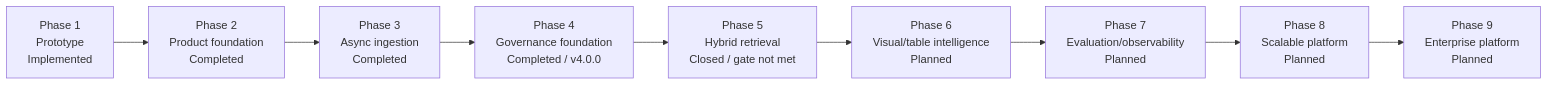
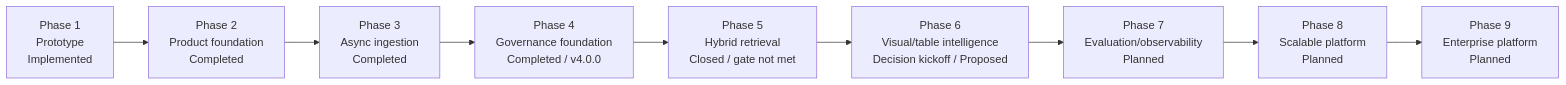
Before and after one commit to mvyas412/ai-projects: the second of 11 diagrams in mm-rag-full-stack-genai-bootcamp-3.0/docs/architecture/ARCHITECTURE.md, drawn with Mermaid. The commit also changed other lines of this file and 12 other files, not shown here.

````diff
--- a/mm-rag-full-stack-genai-bootcamp-3.0/docs/architecture/ARCHITECTURE.md
+++ b/mm-rag-full-stack-genai-bootcamp-3.0/docs/architecture/ARCHITECTURE.md
@@ -170,12 +171,12 @@
 ```mermaid
 flowchart LR
     p1["Phase 1<br/>Prototype<br/>Implemented"] -->
     p2["Phase 2<br/>Product foundation<br/>Completed"] -->
     p3["Phase 3<br/>Async ingestion<br/>Completed"] -->
     p4["Phase 4<br/>Governance foundation<br/>Completed / v4.0.0"] -->
     p5["Phase 5<br/>Hybrid retrieval<br/>Closed / gate not met"] -->
-    p6["Phase 6<br/>Visual/table intelligence<br/>Planned"] -->
+    p6["Phase 6<br/>Visual/table intelligence<br/>Decision kickoff / Proposed"] -->
     p7["Phase 7<br/>Evaluation/observability<br/>Planned"] -->
     p8["Phase 8<br/>Scalable platform<br/>Planned"] -->
     p9["Phase 9<br/>Enterprise platform<br/>Planned"]
 ```
````
